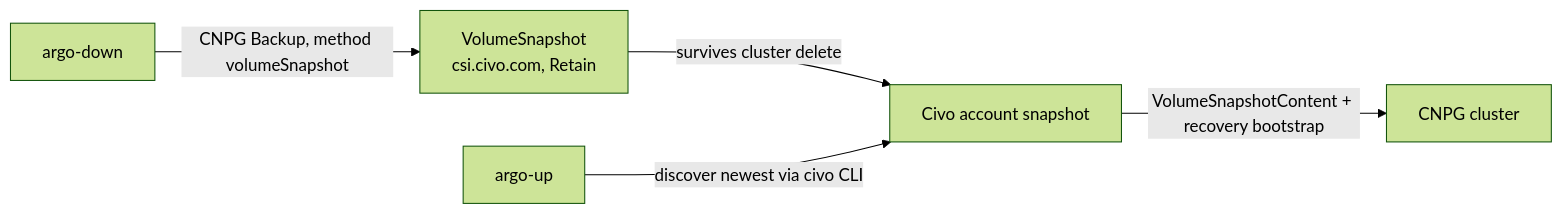
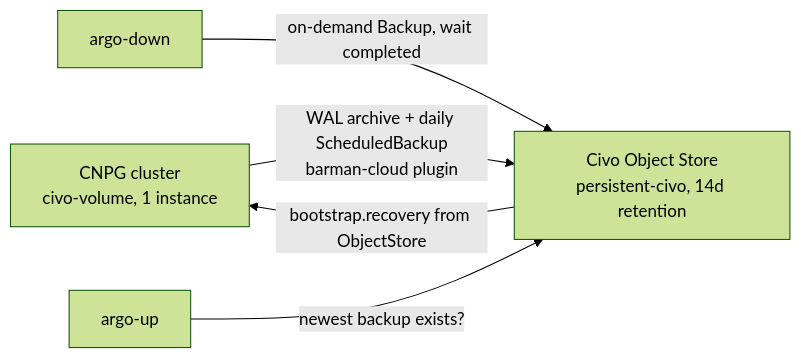
The third of 3 diagrams in docs/civo-high-level-design.md (savak1990/vk-lab-platform), drawn with Mermaid (forest theme) before and after one commit. The commit also changed other lines of this file and 16 other files, not shown here.

First line of the commit message:
Redesign Civo persistence around object-store backups; apply kubernetes review

````diff
--- a/docs/civo-high-level-design.md
+++ b/docs/civo-high-level-design.md
@@ -90,7 +90,7 @@
 ```mermaid
 flowchart LR
-  AD[argo-down] -->|CNPG Backup, method volumeSnapshot| VS[VolumeSnapshot<br/>csi.civo.com, Retain]
-  VS -->|survives cluster delete| ACC[Civo account snapshot]
-  AU[argo-up] -->|discover newest via civo CLI| ACC
-  ACC -->|VolumeSnapshotContent + recovery bootstrap| PG[CNPG cluster]
+  PG[CNPG cluster<br/>civo-volume, 1 instance] -->|WAL archive + daily ScheduledBackup<br/>barman-cloud plugin| OS[Civo Object Store<br/>persistent-civo, 14d retention]
+  AD[argo-down] -->|on-demand Backup, wait completed| OS
+  AU[argo-up] -->|newest backup exists?| OS
+  OS -->|bootstrap.recovery from ObjectStore| PG
 ```
````
